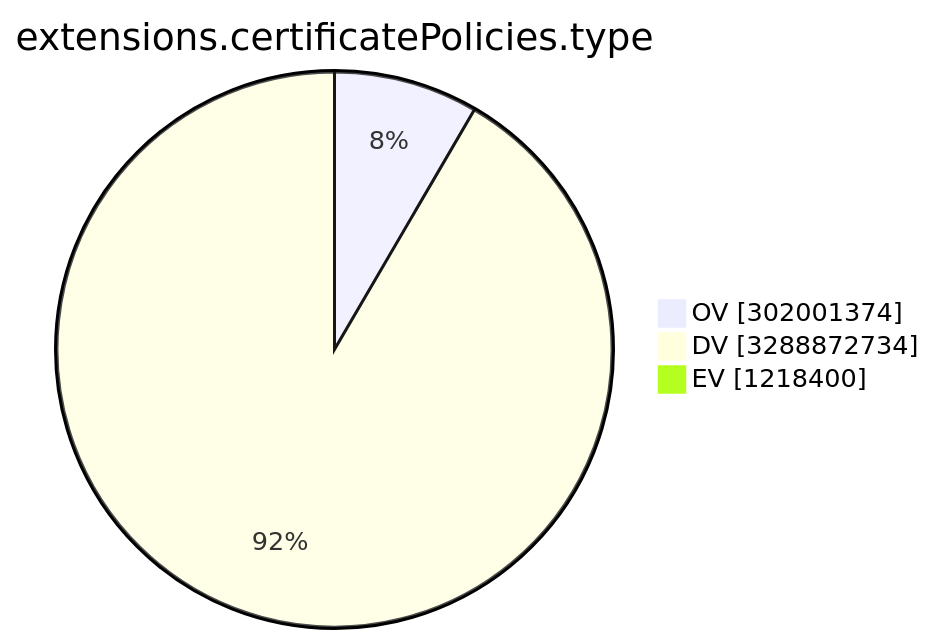
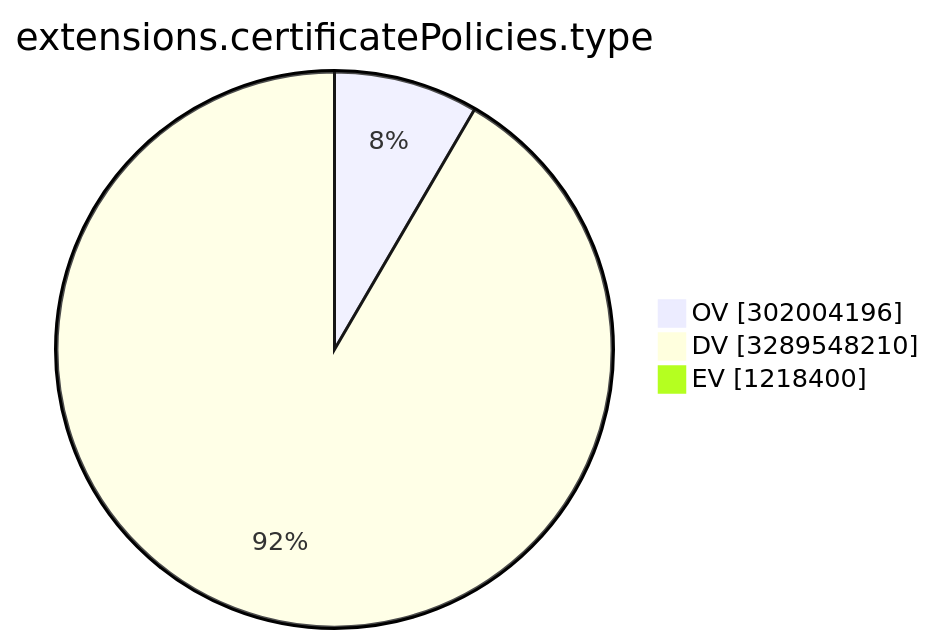
One commit to christiankrug/ctmonitor_visualization changed the ninth of 15 diagrams in TOTAL/README.md. Above: the diagram before and after it, drawn with Mermaid. The commit also changed other lines of this file, not shown here.

````diff
--- a/TOTAL/README.md
+++ b/TOTAL/README.md
@@ -3107,7 +3107,7 @@
 ```mermaid
 pie showData
 title extensions.certificatePolicies.type
-"OV" :302001374
-"DV" :3288872734
+"OV" :302004196
+"DV" :3289548210
 "EV" :1218400
 ```
````
